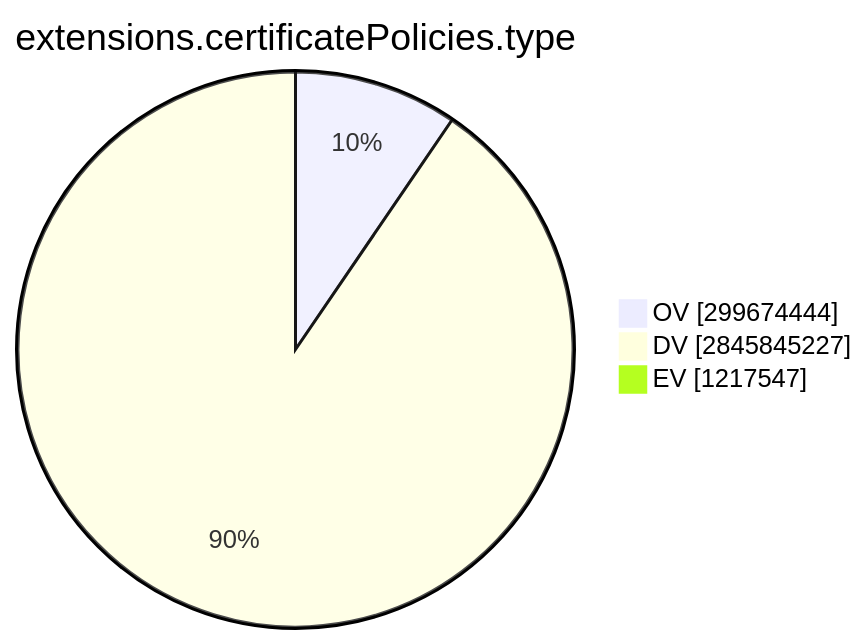
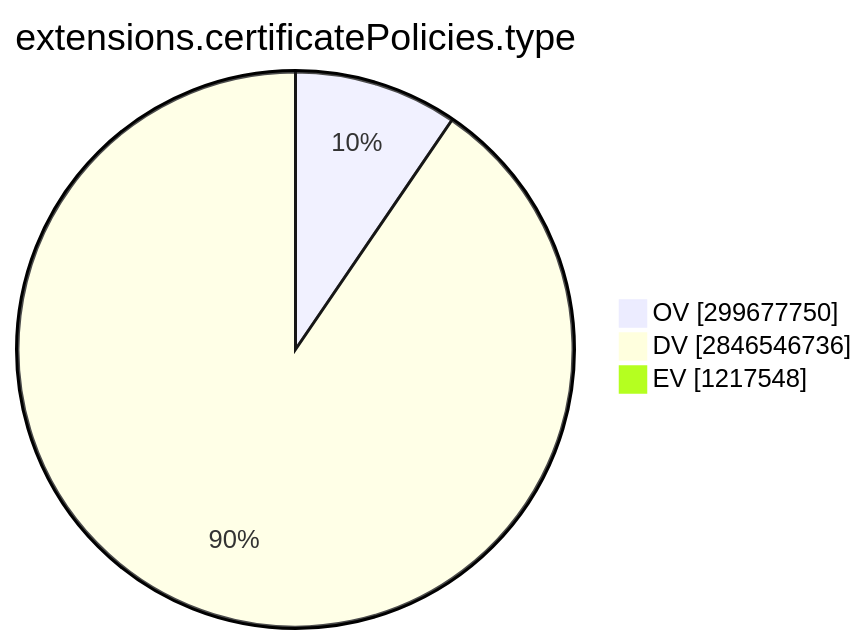
Before and after one commit to christiankrug/ctmonitor_visualization: the ninth of 15 diagrams in TOTAL/README.md, drawn with Mermaid. The commit also changed other lines of this file, not shown here.

````diff
--- a/TOTAL/README.md
+++ b/TOTAL/README.md
@@ -3101,7 +3101,7 @@
 ```mermaid
 pie showData
 title extensions.certificatePolicies.type
-"OV" :299674444
-"DV" :2845845227
-"EV" :1217547
+"OV" :299677750
+"DV" :2846546736
+"EV" :1217548
 ```
````
